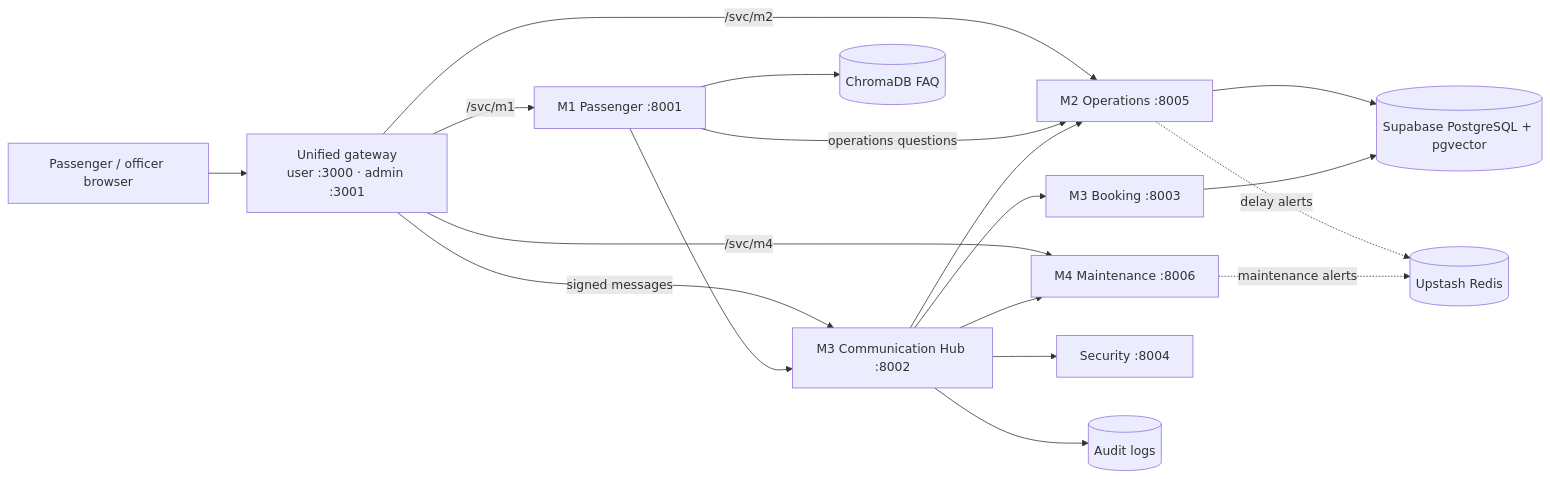
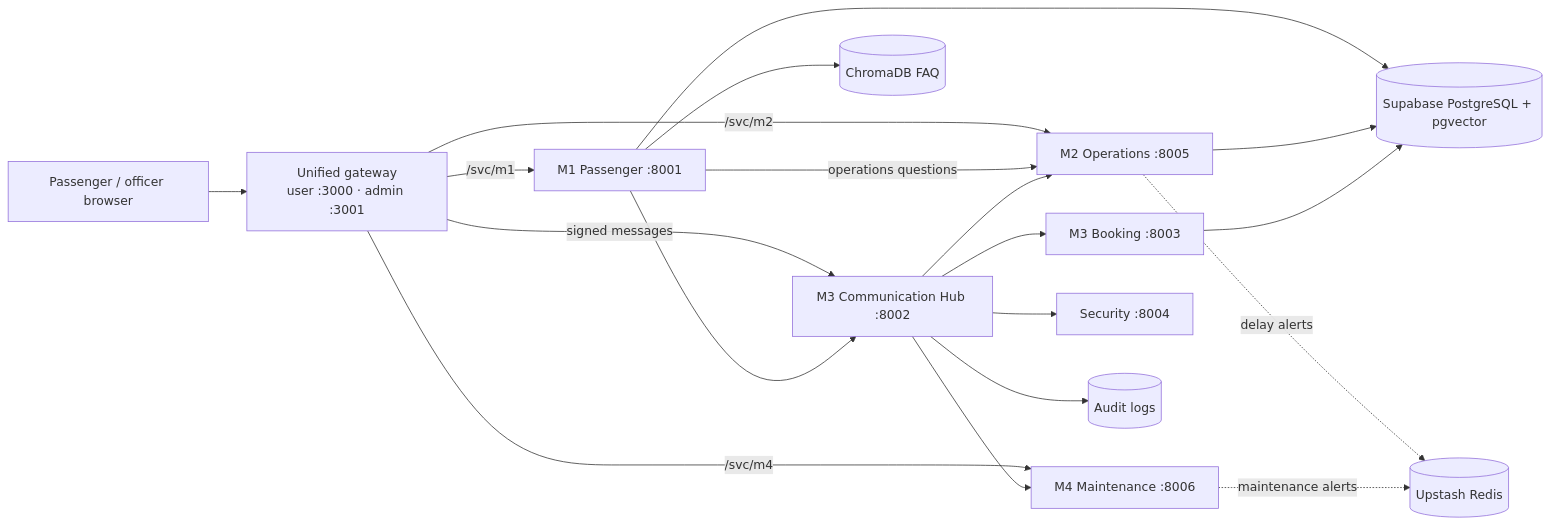
Before and after one commit to pasindi15/RailSence-AI: the diagram in README.md, drawn with Mermaid. The commit also changed other lines of this file and 8 other files, not shown here.

````diff
--- a/README.md
+++ b/README.md
@@ -99,20 +103,21 @@
 ```mermaid
 flowchart LR
     Browser[Passenger / officer browser] --> Gateway["Unified gateway<br/>user :3000 · admin :3001"]
     Gateway -- "/svc/m1" --> M1[M1 Passenger :8001]
     Gateway -- "/svc/m2" --> M2[M2 Operations :8005]
     Gateway -- "/svc/m4" --> M4[M4 Maintenance :8006]
     Gateway -- signed messages --> Hub[M3 Communication Hub :8002]
     M1 --> Hub
     M1 -- operations questions --> M2
     Hub --> M2
     Hub --> Booking[M3 Booking :8003]
     Hub --> Security[Security :8004]
     Hub --> M4
     M1 --> Chroma[(ChromaDB FAQ)]
+    M1 --> Supabase
     M2 --> Supabase[(Supabase PostgreSQL + pgvector)]
     Booking --> Supabase
     Hub --> Audit[(Audit logs)]
     M2 -. delay alerts .-> Upstash[(Upstash Redis)]
     M4 -. maintenance alerts .-> Upstash
 ```
````
